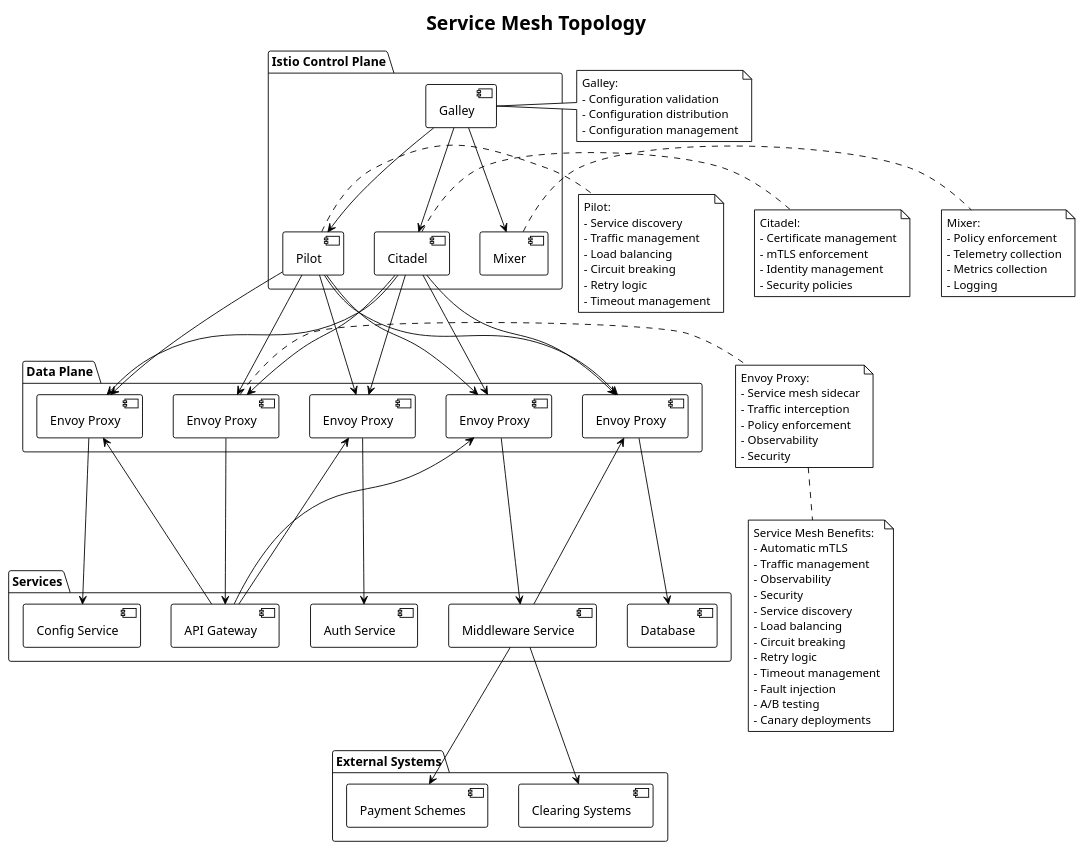
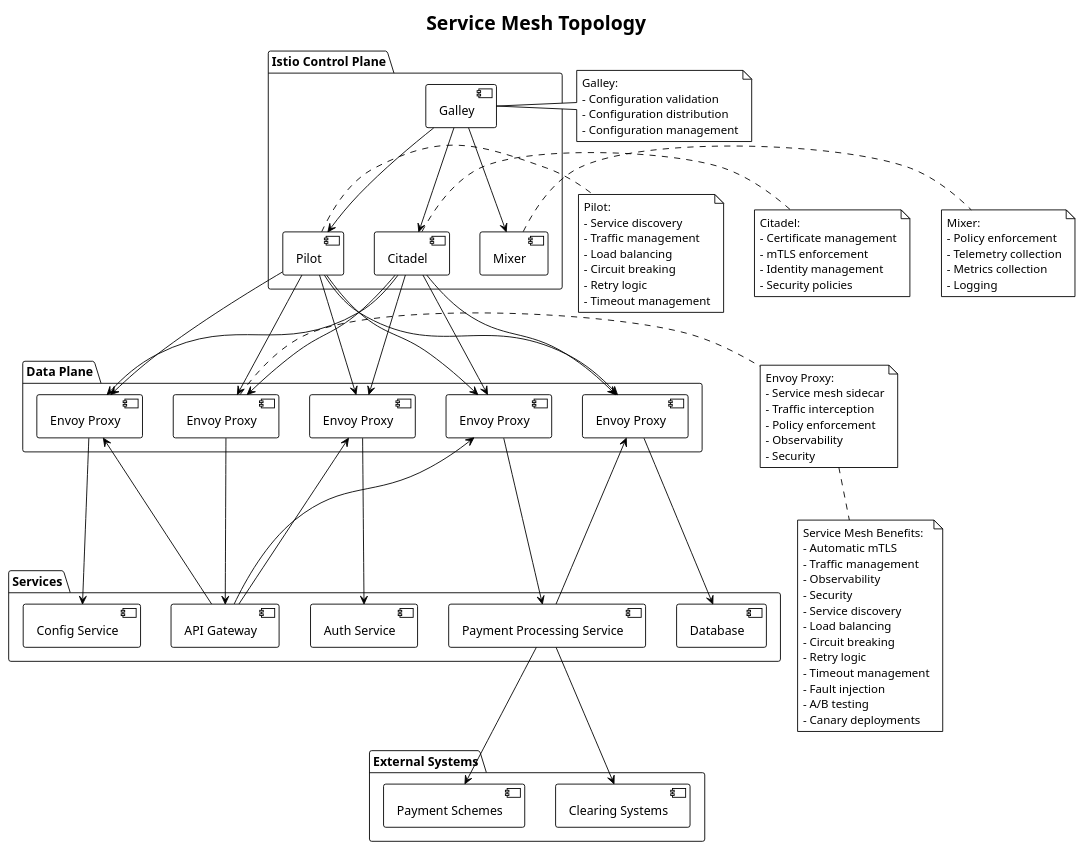
Before and after one commit to kranthikarthan/PE: the diagram in component-diagrams/10-service-mesh-topology.puml, drawn with PlantUML. The commit also changed 19 other files, not shown here.

Commit message:
Refactor: Rename middleware to Payment Processing Service

```diff
--- a/component-diagrams/10-service-mesh-topology.puml
+++ b/component-diagrams/10-service-mesh-topology.puml
@@ -1,126 +1,126 @@
 @startuml SERVICE_MESH_TOPOLOGY
 !theme plain
 title Service Mesh Topology
 
 package "Istio Control Plane" {
     [Pilot] as P
     [Citadel] as C
     [Galley] as G
     [Mixer] as M
 }
 
 package "Data Plane" {
     [Envoy Proxy] as EP1
     [Envoy Proxy] as EP2
     [Envoy Proxy] as EP3
     [Envoy Proxy] as EP4
     [Envoy Proxy] as EP5
 }
 
 package "Services" {
     [API Gateway] as AG
     [Auth Service] as AS
     [Config Service] as CS
-    [Middleware Service] as MS
+    [Payment Processing Service] as MS
     [Database] as DB
 }
 
 package "External Systems" {
     [Clearing Systems] as CS2
     [Payment Schemes] as PS
 }
 
 ' Control plane connections
 P --> EP1
 P --> EP2
 P --> EP3
 P --> EP4
 P --> EP5
 
 C --> EP1
 C --> EP2
 C --> EP3
 C --> EP4
 C --> EP5
 
 G --> P
 G --> C
 G --> M
 
 ' Data plane connections
 EP1 --> AG
 EP2 --> AS
 EP3 --> CS
 EP4 --> MS
 EP5 --> DB
 
 ' Service connections
 AG --> EP2
 AG --> EP3
 AG --> EP4
 MS --> EP5
 MS --> CS2
 MS --> PS
 
 ' Service mesh features
 note right of P
 Pilot:
 - Service discovery
 - Traffic management
 - Load balancing
 - Circuit breaking
 - Retry logic
 - Timeout management
 end note
 
 note right of C
 Citadel:
 - Certificate management
 - mTLS enforcement
 - Identity management
 - Security policies
 end note
 
 note right of G
 Galley:
 - Configuration validation
 - Configuration distribution
 - Configuration management
 end note
 
 note right of M
 Mixer:
 - Policy enforcement
 - Telemetry collection
 - Metrics collection
 - Logging
 end note
 
 ' Envoy proxy features
 note right of EP1
 Envoy Proxy:
 - Service mesh sidecar
 - Traffic interception
 - Policy enforcement
 - Observability
 - Security
 end note
 
 ' Service mesh benefits
 note bottom
 Service Mesh Benefits:
 - Automatic mTLS
 - Traffic management
 - Observability
 - Security
 - Service discovery
 - Load balancing
 - Circuit breaking
 - Retry logic
 - Timeout management
 - Fault injection
 - A/B testing
 - Canary deployments
 end note
 
 @enduml
```
